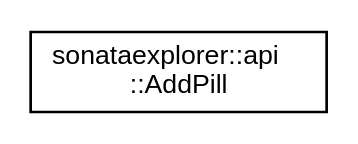
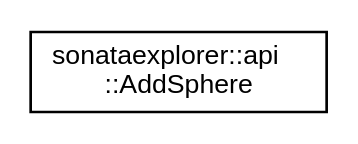
Before and after one commit to BlueBrain/BioExplorer: the diagram in docs/inherit_graph_217.dot, drawn with Graphviz. The commit also changed 679 other files, not shown here.

```diff
--- a/docs/inherit_graph_217.dot
+++ b/docs/inherit_graph_217.dot
@@ -1,8 +1,8 @@
 digraph "Graphical Class Hierarchy"
 {
  // LATEX_PDF_SIZE
   edge [fontname="Helvetica",fontsize="10",labelfontname="Helvetica",labelfontsize="10"];
   node [fontname="Helvetica",fontsize="10",shape=record];
   rankdir="LR";
-  Node0 [label="sonataexplorer::api\l::AddPill",height=0.2,width=0.4,color="black", fillcolor="white", style="filled",URL="$d3/de9/structsonataexplorer_1_1api_1_1AddPill.html",tooltip=" "];
+  Node0 [label="sonataexplorer::api\l::AddSphere",height=0.2,width=0.4,color="black", fillcolor="white", style="filled",URL="$d0/da1/structsonataexplorer_1_1api_1_1AddSphere.html",tooltip=" "];
 }
```
